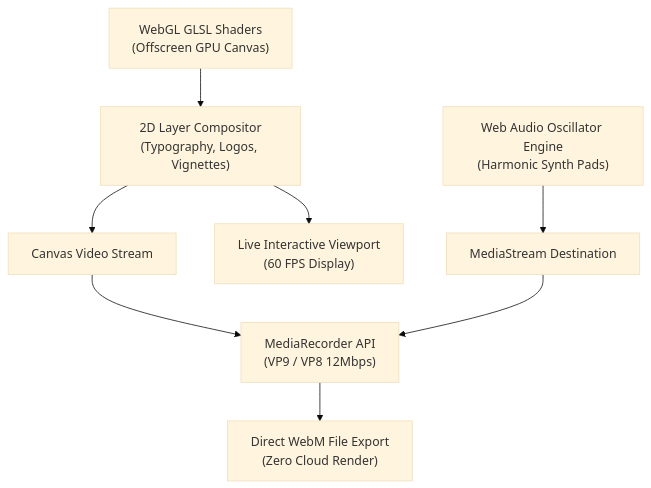
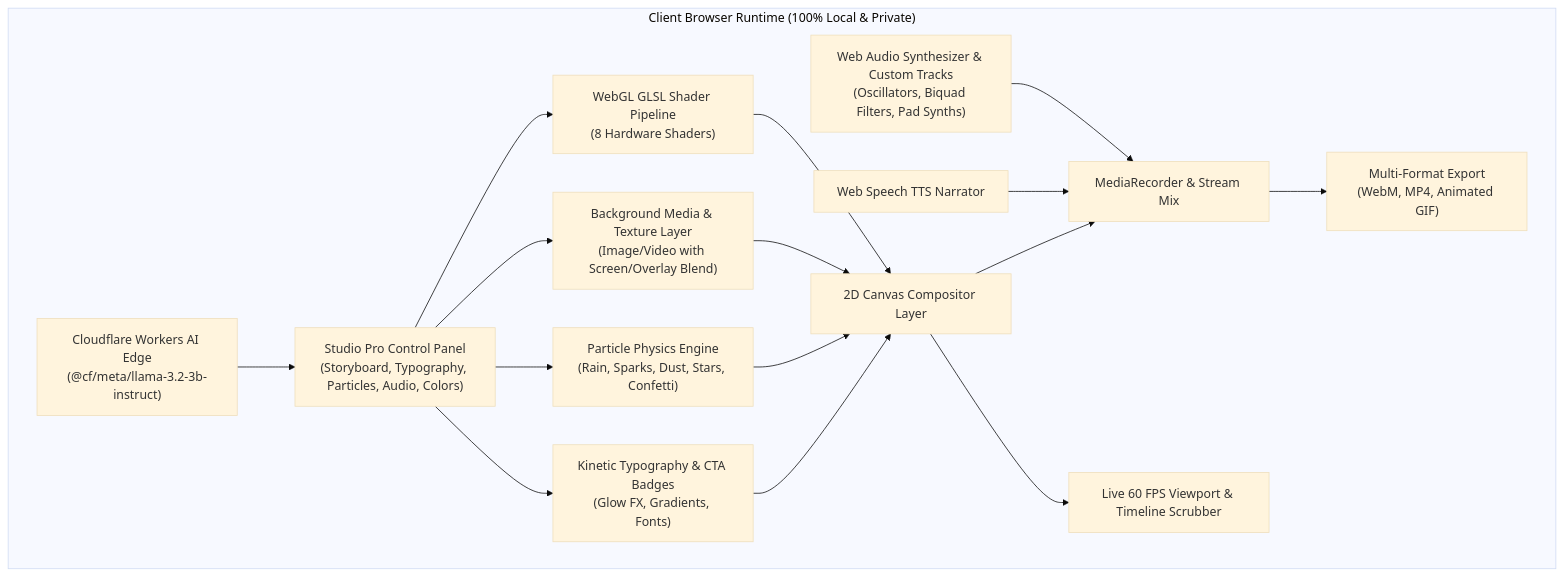
One commit to jojin1709/motion-canvas-studio- changed the diagram in README.md. Above: the diagram before and after it, drawn with Mermaid (base theme). The commit also changed other lines of this file and 2 other files, not shown here.

Commit message:
feat: add multi-layer background textures/video overlays and update comprehensive README

````diff
--- a/README.md
+++ b/README.md
@@ -108,13 +96,26 @@
 ```mermaid
 flowchart TD
-    GL["WebGL GLSL Shaders<br/>(Offscreen GPU Canvas)"] --> COMP["2D Layer Compositor<br/>(Typography, Logos, Vignettes)"]
-    AUDIO["Web Audio Oscillator Engine<br/>(Harmonic Synth Pads)"] --> MIX["MediaStream Destination"]
-    
-    COMP --> VIEW["Live Interactive Viewport<br/>(60 FPS Display)"]
-    COMP --> STREAM["Canvas Video Stream"]
-    
-    STREAM --> REC["MediaRecorder API<br/>(VP9 / VP8 12Mbps)"]
-    MIX --> REC
-    
-    REC --> DOWNLOAD["Direct WebM File Export<br/>(Zero Cloud Render)"]
+    subgraph Client ["Client Browser Runtime (100% Local & Private)"]
+        UI["Studio Pro Control Panel<br/>(Storyboard, Typography, Particles, Audio, Colors)"]
+        AI["Cloudflare Workers AI Edge<br/>(@cf/meta/llama-3.2-3b-instruct)"] --> UI
+        
+        UI --> GL["WebGL GLSL Shader Pipeline<br/>(8 Hardware Shaders)"]
+        UI --> BG["Background Media & Texture Layer<br/>(Image/Video with Screen/Overlay Blend)"]
+        UI --> PART["Particle Physics Engine<br/>(Rain, Sparks, Dust, Stars, Confetti)"]
+        
+        GL --> COMP["2D Canvas Compositor Layer"]
+        BG --> COMP
+        PART --> COMP
+        
+        UI --> KINETIC["Kinetic Typography & CTA Badges<br/>(Glow FX, Gradients, Fonts)"]
+        KINETIC --> COMP
+        
+        AUDIO["Web Audio Synthesizer & Custom Tracks<br/>(Oscillators, Biquad Filters, Pad Synths)"] --> REC["MediaRecorder & Stream Mix"]
+        TTS["Web Speech TTS Narrator"] --> REC
+        
+        COMP --> VIEW["Live 60 FPS Viewport & Timeline Scrubber"]
+        COMP --> REC
+        
+        REC --> EXPORT["Multi-Format Export<br/>(WebM, MP4, Animated GIF)"]
+    end
 ```
````
